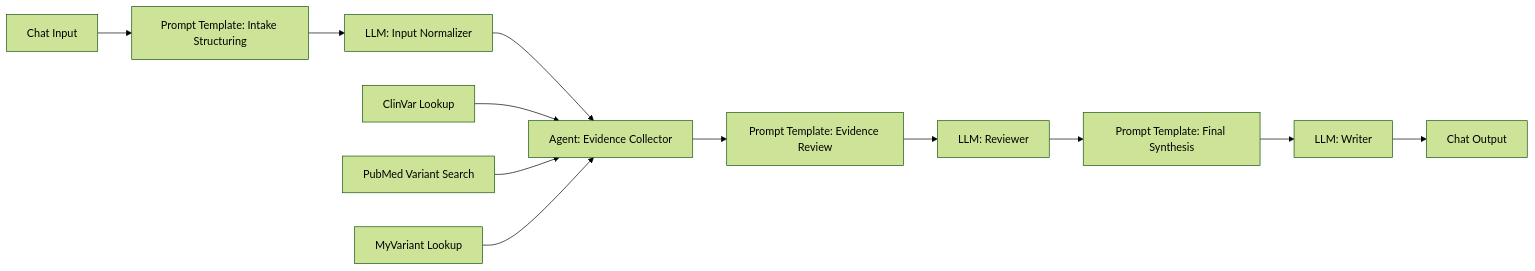
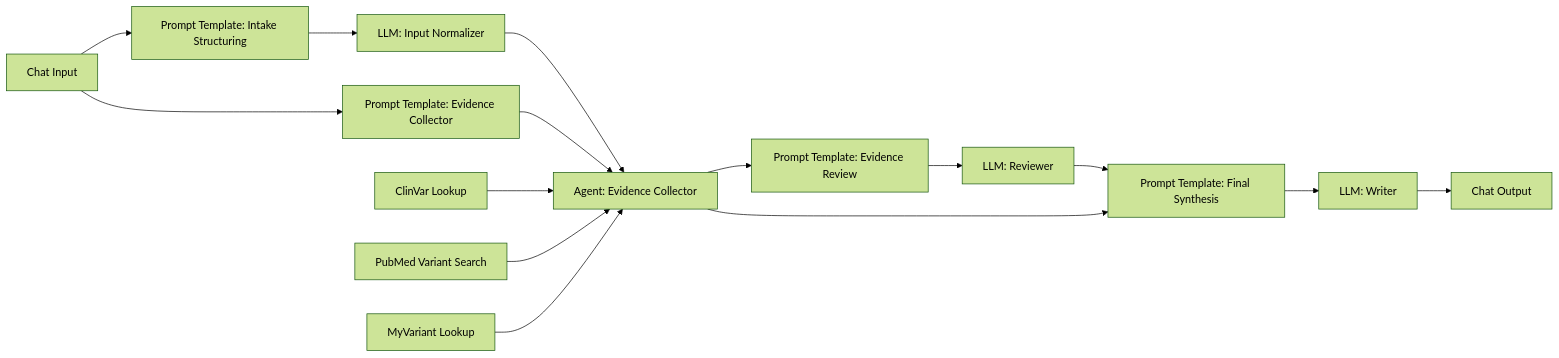
One commit to rse-cuni/Agentic-Systems-in-Biomedicine changed the diagram in Agents/VariantInterpretationResearchAgent/README.md. Above: the diagram before and after it, drawn with Mermaid (forest theme). The commit also changed other lines of this file and 3 other files, not shown here.

Commit message:
Update variant interpretation agent flow

````diff
--- a/Agents/VariantInterpretationResearchAgent/README.md
+++ b/Agents/VariantInterpretationResearchAgent/README.md
@@ -46,18 +62,21 @@
 ```mermaid
 flowchart LR
     A["Chat Input"] --> B["Prompt Template: Intake Structuring"]
     B --> C["LLM: Input Normalizer"]
+    A --> M["Prompt Template: Evidence Collector"]
 
     C --> D["Agent: Evidence Collector"]
+    M --> D
 
     E["ClinVar Lookup"] --> D
     F["PubMed Variant Search"] --> D
     G["MyVariant Lookup"] --> D
 
     D --> H["Prompt Template: Evidence Review"]
     H --> I["LLM: Reviewer"]
 
     I --> J["Prompt Template: Final Synthesis"]
+    D --> J
     J --> K["LLM: Writer"]
     K --> L["Chat Output"]
 ```
````
